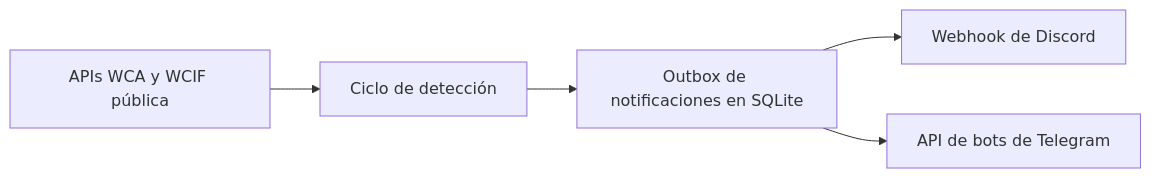
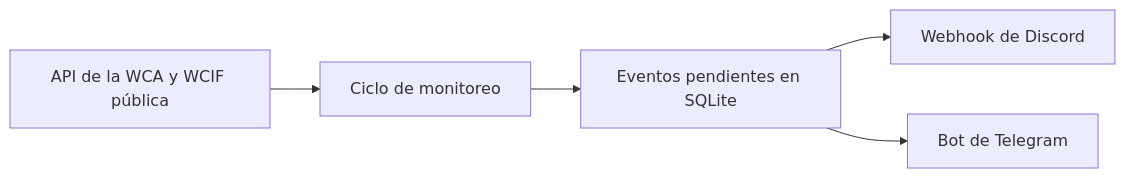
Before and after one commit to Irenko85/wca-dc-webhook: the diagram in README.es.md, drawn with Mermaid. The commit also changed other lines of this file and 3 other files, not shown here.

````diff
--- a/README.es.md
+++ b/README.es.md
@@ -25,7 +29,7 @@
 ```mermaid
 flowchart LR
-    WCA["APIs WCA y WCIF pública"] --> Monitor["Ciclo de detección"]
-    Monitor --> Outbox["Outbox de notificaciones en SQLite"]
+    WCA["API de la WCA y WCIF pública"] --> Monitor["Ciclo de monitoreo"]
+    Monitor --> Outbox["Eventos pendientes en SQLite"]
     Outbox --> Discord["Webhook de Discord"]
-    Outbox --> Telegram["API de bots de Telegram"]
+    Outbox --> Telegram["Bot de Telegram"]
 ```
````
